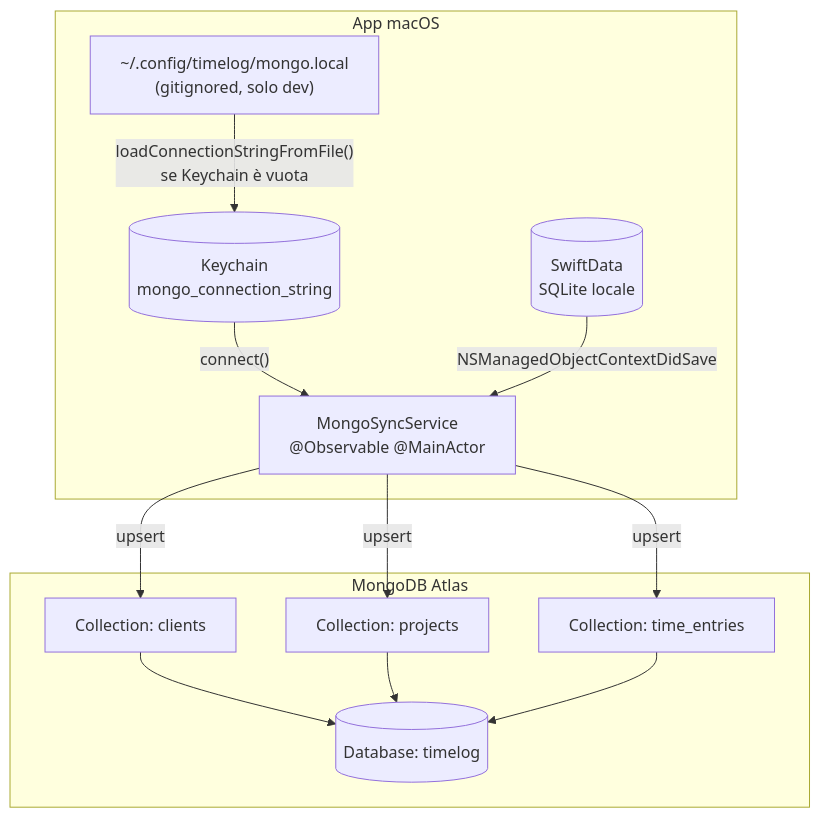
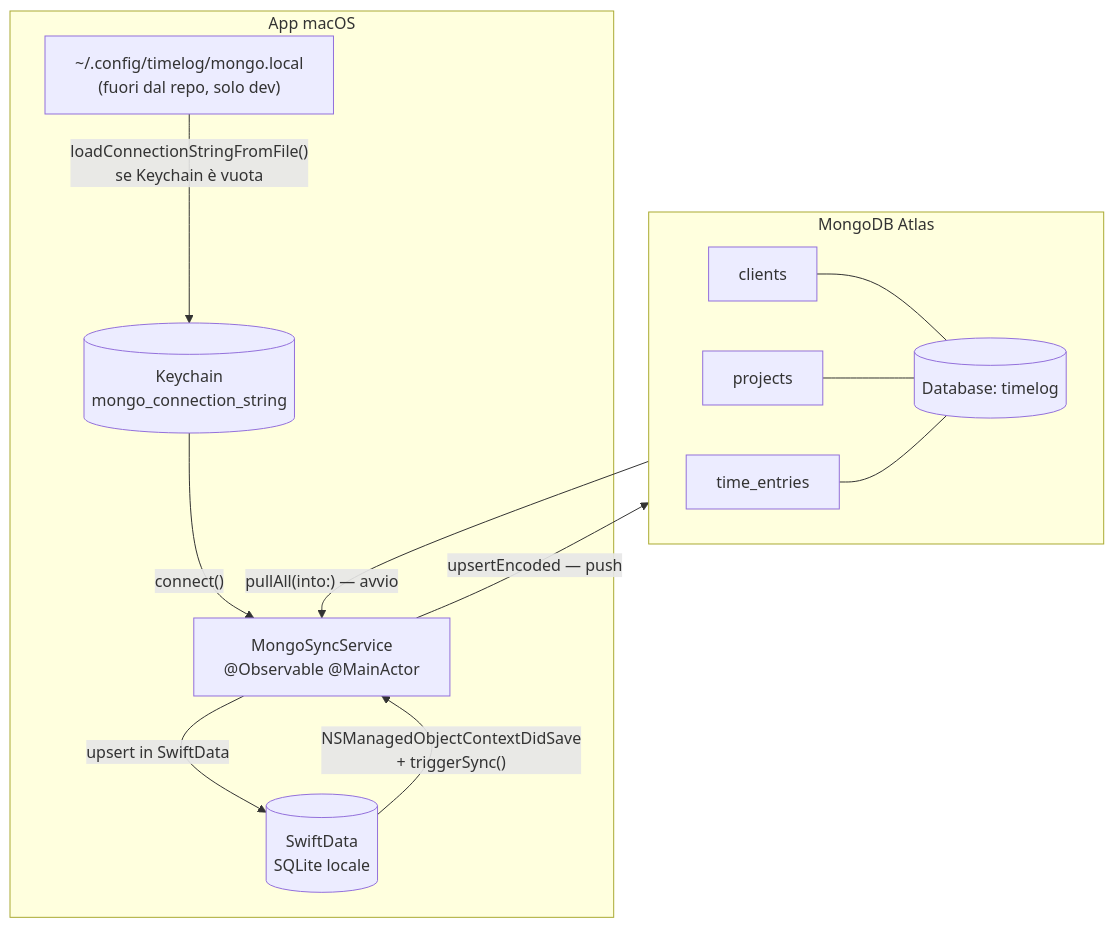
Before and after one commit to albertobarrago/timelog: the first of 3 diagrams in docs/04-sync-mongodb.md, drawn with Mermaid. The commit also changed other lines of this file and 1 other file, not shown here.

Commit message:
docs: update sync docs with bidirectional flow and add App Store quality guidelines to CLAUDE.md

````diff
--- a/docs/04-sync-mongodb.md
+++ b/docs/04-sync-mongodb.md
@@ -7,24 +7,27 @@
 ```mermaid
 flowchart TD
     subgraph macOS["App macOS"]
         SD[("SwiftData\nSQLite locale")]
         KCH[("Keychain\nmongo_connection_string")]
-        File["~/.config/timelog/mongo.local\n(gitignored, solo dev)"]
+        File["~/.config/timelog/mongo.local\n(fuori dal repo, solo dev)"]
         MSS["MongoSyncService\n@Observable @MainActor"]
     end
 
     subgraph MongoDB["MongoDB Atlas"]
         DB[("Database: timelog")]
-        C1["Collection: clients"]
-        C2["Collection: projects"]
-        C3["Collection: time_entries"]
+        C1["clients"]
+        C2["projects"]
+        C3["time_entries"]
     end
 
     File -->|"loadConnectionStringFromFile()\nse Keychain è vuota"| KCH
     KCH -->|"connect()"| MSS
-    SD -->|"NSManagedObjectContextDidSave"| MSS
-    MSS -->|"upsert"| C1
-    MSS -->|"upsert"| C2
-    MSS -->|"upsert"| C3
-    C1 & C2 & C3 --> DB
+
+    MongoDB -->|"pullAll(into:) — avvio"| MSS
+    MSS -->|"upsert in SwiftData"| SD
+
+    SD -->|"NSManagedObjectContextDidSave\n+ triggerSync()"| MSS
+    MSS -->|"upsertEncoded — push"| MongoDB
+
+    C1 & C2 & C3 --- DB
 ```
````
